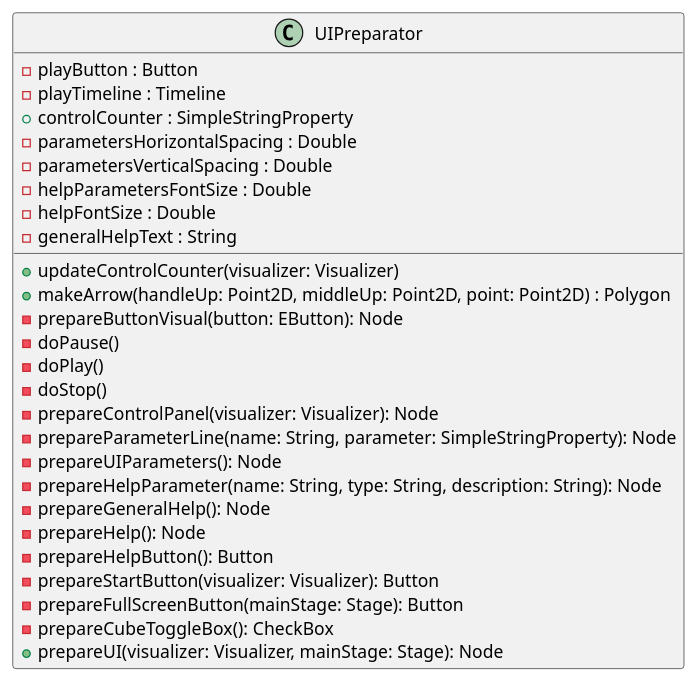
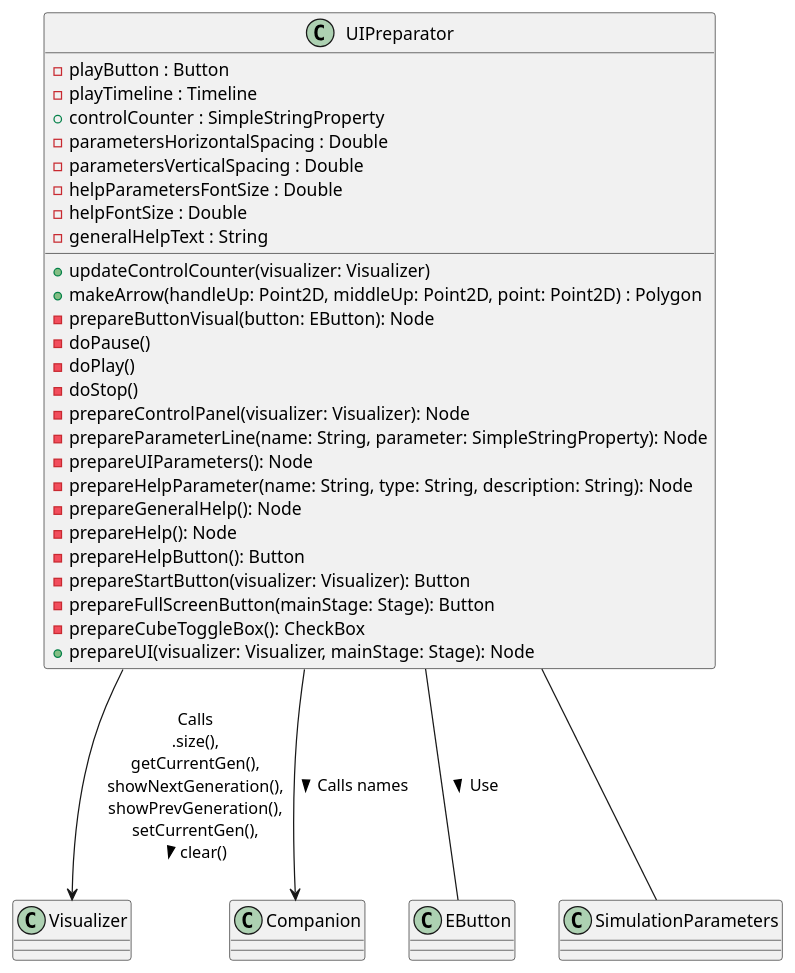
Before and after one commit to Unrealf1/skysim-visualization: the diagram in UML/UIPreparator.puml, drawn with PlantUML. The commit also changed 3 other files, not shown here.

```diff
--- a/UML/UIPreparator.puml
+++ b/UML/UIPreparator.puml
@@ -1,30 +1,35 @@
 @startuml
 
 class UIPreparator {
     -playButton : Button
     -playTimeline : Timeline
     +controlCounter : SimpleStringProperty
     +updateControlCounter(visualizer: Visualizer)
     +makeArrow(handleUp: Point2D, middleUp: Point2D, point: Point2D) : Polygon
     -prepareButtonVisual(button: EButton): Node
     -doPause()
     -doPlay()
     -doStop()
     -prepareControlPanel(visualizer: Visualizer): Node
     -parametersHorizontalSpacing : Double
     -parametersVerticalSpacing : Double
     -prepareParameterLine(name: String, parameter: SimpleStringProperty): Node
     -prepareUIParameters(): Node
     -helpParametersFontSize : Double
     -helpFontSize : Double
     -prepareHelpParameter(name: String, type: String, description: String): Node
     -generalHelpText : String
     -prepareGeneralHelp(): Node
     -prepareHelp(): Node
     -prepareHelpButton(): Button
     -prepareStartButton(visualizer: Visualizer): Button
     -prepareFullScreenButton(mainStage: Stage): Button
     -prepareCubeToggleBox(): CheckBox
     +prepareUI(visualizer: Visualizer, mainStage: Stage): Node
 }
+UIPreparator --> Visualizer : Calls\n.size(),\ngetCurrentGen(),\nshowNextGeneration(),\nshowPrevGeneration(),\nsetCurrentGen(),\nclear() >
+UIPreparator --> Companion : Calls names >
+UIPreparator -- EButton : Use >
+UIPreparator -- SimulationParameters
+
 @enduml
```
